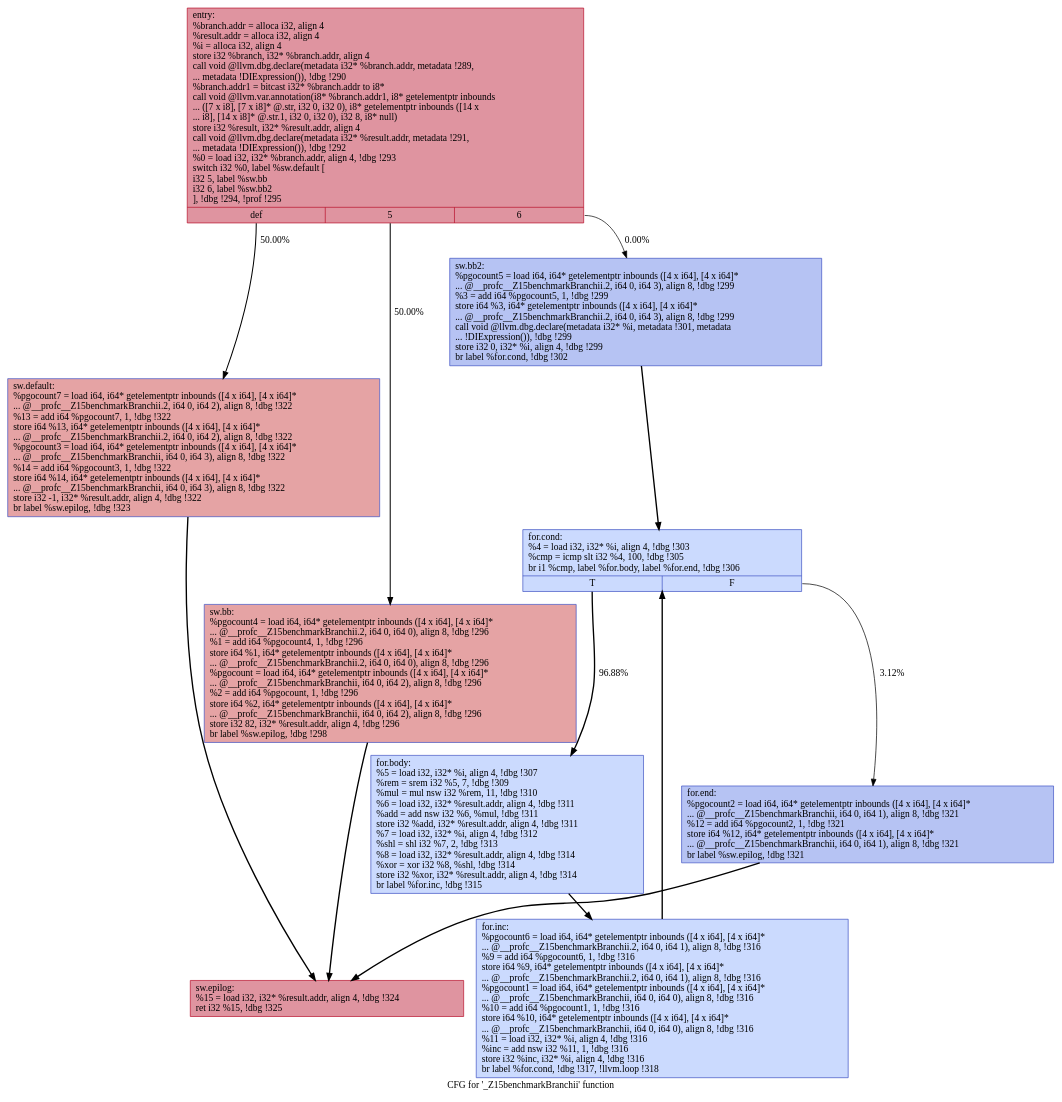
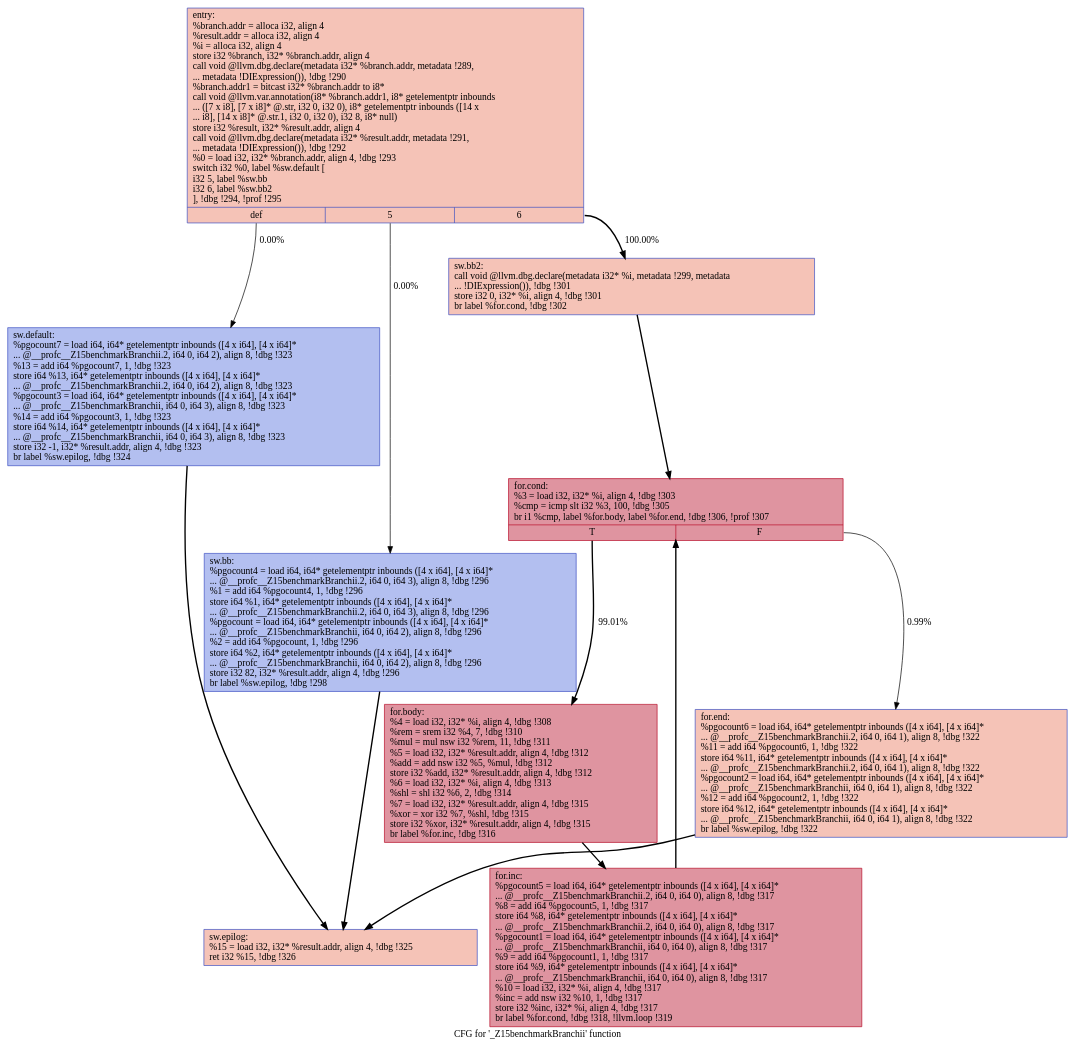
Before and after one commit to rudrajyotiroy/mirrormaze: the diagram in benchmarks/correctness/dot/tmp/._Z15benchmarkBranchii.dot, drawn with Graphviz. The commit also changed 7 other files, not shown here.

```diff
--- a/benchmarks/correctness/dot/tmp/._Z15benchmarkBranchii.dot
+++ b/benchmarks/correctness/dot/tmp/._Z15benchmarkBranchii.dot
@@ -1,24 +1,24 @@
 digraph "CFG for '_Z15benchmarkBranchii' function" {
 	label="CFG for '_Z15benchmarkBranchii' function";
 
-	Node0x55b35c6abdd0 [shape=record,color="#b70d28ff", style=filled, fillcolor="#b70d2870",label="{entry:\l  %branch.addr = alloca i32, align 4\l  %result.addr = alloca i32, align 4\l  %i = alloca i32, align 4\l  store i32 %branch, i32* %branch.addr, align 4\l  call void @llvm.dbg.declare(metadata i32* %branch.addr, metadata !289,\l... metadata !DIExpression()), !dbg !290\l  %branch.addr1 = bitcast i32* %branch.addr to i8*\l  call void @llvm.var.annotation(i8* %branch.addr1, i8* getelementptr inbounds\l... ([7 x i8], [7 x i8]* @.str, i32 0, i32 0), i8* getelementptr inbounds ([14 x\l... i8], [14 x i8]* @.str.1, i32 0, i32 0), i32 8, i8* null)\l  store i32 %result, i32* %result.addr, align 4\l  call void @llvm.dbg.declare(metadata i32* %result.addr, metadata !291,\l... metadata !DIExpression()), !dbg !292\l  %0 = load i32, i32* %branch.addr, align 4, !dbg !293\l  switch i32 %0, label %sw.default [\l    i32 5, label %sw.bb\l    i32 6, label %sw.bb2\l  ], !dbg !294, !prof !295\l|{<s0>def|<s1>5|<s2>6}}"];
-	Node0x55b35c6abdd0:s0 -> Node0x55b35c6ac000[label="50.00%" penwidth=1.50];
-	Node0x55b35c6abdd0:s1 -> Node0x55b35c6abe20[label="50.00%" penwidth=1.50];
-	Node0x55b35c6abdd0:s2 -> Node0x55b35c6abe70[label="0.00%" penwidth=1.00];
-	Node0x55b35c6abe20 [shape=record,color="#3d50c3ff", style=filled, fillcolor="#c32e3170",label="{sw.bb:                                            \l  %pgocount4 = load i64, i64* getelementptr inbounds ([4 x i64], [4 x i64]*\l... @__profc__Z15benchmarkBranchii.2, i64 0, i64 0), align 8, !dbg !296\l  %1 = add i64 %pgocount4, 1, !dbg !296\l  store i64 %1, i64* getelementptr inbounds ([4 x i64], [4 x i64]*\l... @__profc__Z15benchmarkBranchii.2, i64 0, i64 0), align 8, !dbg !296\l  %pgocount = load i64, i64* getelementptr inbounds ([4 x i64], [4 x i64]*\l... @__profc__Z15benchmarkBranchii, i64 0, i64 2), align 8, !dbg !296\l  %2 = add i64 %pgocount, 1, !dbg !296\l  store i64 %2, i64* getelementptr inbounds ([4 x i64], [4 x i64]*\l... @__profc__Z15benchmarkBranchii, i64 0, i64 2), align 8, !dbg !296\l  store i32 82, i32* %result.addr, align 4, !dbg !296\l  br label %sw.epilog, !dbg !298\l}"];
-	Node0x55b35c6abe20 -> Node0x55b35c6ac050[penwidth=2];
-	Node0x55b35c6abe70 [shape=record,color="#3d50c3ff", style=filled, fillcolor="#5977e370",label="{sw.bb2:                                           \l  %pgocount5 = load i64, i64* getelementptr inbounds ([4 x i64], [4 x i64]*\l... @__profc__Z15benchmarkBranchii.2, i64 0, i64 3), align 8, !dbg !299\l  %3 = add i64 %pgocount5, 1, !dbg !299\l  store i64 %3, i64* getelementptr inbounds ([4 x i64], [4 x i64]*\l... @__profc__Z15benchmarkBranchii.2, i64 0, i64 3), align 8, !dbg !299\l  call void @llvm.dbg.declare(metadata i32* %i, metadata !301, metadata\l... !DIExpression()), !dbg !299\l  store i32 0, i32* %i, align 4, !dbg !299\l  br label %for.cond, !dbg !302\l}"];
-	Node0x55b35c6abe70 -> Node0x55b35c6abec0[penwidth=2];
-	Node0x55b35c6abec0 [shape=record,color="#3d50c3ff", style=filled, fillcolor="#88abfd70",label="{for.cond:                                         \l  %4 = load i32, i32* %i, align 4, !dbg !303\l  %cmp = icmp slt i32 %4, 100, !dbg !305\l  br i1 %cmp, label %for.body, label %for.end, !dbg !306\l|{<s0>T|<s1>F}}"];
-	Node0x55b35c6abec0:s0 -> Node0x55b35c6abf10[label="96.88%" penwidth=1.97];
-	Node0x55b35c6abec0:s1 -> Node0x55b35c6abfb0[label="3.12%" penwidth=1.03];
-	Node0x55b35c6abf10 [shape=record,color="#3d50c3ff", style=filled, fillcolor="#88abfd70",label="{for.body:                                         \l  %5 = load i32, i32* %i, align 4, !dbg !307\l  %rem = srem i32 %5, 7, !dbg !309\l  %mul = mul nsw i32 %rem, 11, !dbg !310\l  %6 = load i32, i32* %result.addr, align 4, !dbg !311\l  %add = add nsw i32 %6, %mul, !dbg !311\l  store i32 %add, i32* %result.addr, align 4, !dbg !311\l  %7 = load i32, i32* %i, align 4, !dbg !312\l  %shl = shl i32 %7, 2, !dbg !313\l  %8 = load i32, i32* %result.addr, align 4, !dbg !314\l  %xor = xor i32 %8, %shl, !dbg !314\l  store i32 %xor, i32* %result.addr, align 4, !dbg !314\l  br label %for.inc, !dbg !315\l}"];
-	Node0x55b35c6abf10 -> Node0x55b35c6abf60[penwidth=2];
-	Node0x55b35c6abf60 [shape=record,color="#3d50c3ff", style=filled, fillcolor="#88abfd70",label="{for.inc:                                          \l  %pgocount6 = load i64, i64* getelementptr inbounds ([4 x i64], [4 x i64]*\l... @__profc__Z15benchmarkBranchii.2, i64 0, i64 1), align 8, !dbg !316\l  %9 = add i64 %pgocount6, 1, !dbg !316\l  store i64 %9, i64* getelementptr inbounds ([4 x i64], [4 x i64]*\l... @__profc__Z15benchmarkBranchii.2, i64 0, i64 1), align 8, !dbg !316\l  %pgocount1 = load i64, i64* getelementptr inbounds ([4 x i64], [4 x i64]*\l... @__profc__Z15benchmarkBranchii, i64 0, i64 0), align 8, !dbg !316\l  %10 = add i64 %pgocount1, 1, !dbg !316\l  store i64 %10, i64* getelementptr inbounds ([4 x i64], [4 x i64]*\l... @__profc__Z15benchmarkBranchii, i64 0, i64 0), align 8, !dbg !316\l  %11 = load i32, i32* %i, align 4, !dbg !316\l  %inc = add nsw i32 %11, 1, !dbg !316\l  store i32 %inc, i32* %i, align 4, !dbg !316\l  br label %for.cond, !dbg !317, !llvm.loop !318\l}"];
-	Node0x55b35c6abf60 -> Node0x55b35c6abec0[penwidth=2];
-	Node0x55b35c6abfb0 [shape=record,color="#3d50c3ff", style=filled, fillcolor="#5977e370",label="{for.end:                                          \l  %pgocount2 = load i64, i64* getelementptr inbounds ([4 x i64], [4 x i64]*\l... @__profc__Z15benchmarkBranchii, i64 0, i64 1), align 8, !dbg !321\l  %12 = add i64 %pgocount2, 1, !dbg !321\l  store i64 %12, i64* getelementptr inbounds ([4 x i64], [4 x i64]*\l... @__profc__Z15benchmarkBranchii, i64 0, i64 1), align 8, !dbg !321\l  br label %sw.epilog, !dbg !321\l}"];
-	Node0x55b35c6abfb0 -> Node0x55b35c6ac050[penwidth=2];
-	Node0x55b35c6ac000 [shape=record,color="#3d50c3ff", style=filled, fillcolor="#c32e3170",label="{sw.default:                                       \l  %pgocount7 = load i64, i64* getelementptr inbounds ([4 x i64], [4 x i64]*\l... @__profc__Z15benchmarkBranchii.2, i64 0, i64 2), align 8, !dbg !322\l  %13 = add i64 %pgocount7, 1, !dbg !322\l  store i64 %13, i64* getelementptr inbounds ([4 x i64], [4 x i64]*\l... @__profc__Z15benchmarkBranchii.2, i64 0, i64 2), align 8, !dbg !322\l  %pgocount3 = load i64, i64* getelementptr inbounds ([4 x i64], [4 x i64]*\l... @__profc__Z15benchmarkBranchii, i64 0, i64 3), align 8, !dbg !322\l  %14 = add i64 %pgocount3, 1, !dbg !322\l  store i64 %14, i64* getelementptr inbounds ([4 x i64], [4 x i64]*\l... @__profc__Z15benchmarkBranchii, i64 0, i64 3), align 8, !dbg !322\l  store i32 -1, i32* %result.addr, align 4, !dbg !322\l  br label %sw.epilog, !dbg !323\l}"];
-	Node0x55b35c6ac000 -> Node0x55b35c6ac050[penwidth=2];
-	Node0x55b35c6ac050 [shape=record,color="#b70d28ff", style=filled, fillcolor="#b70d2870",label="{sw.epilog:                                        \l  %15 = load i32, i32* %result.addr, align 4, !dbg !324\l  ret i32 %15, !dbg !325\l}"];
+	Node0x55ab2b9e8140 [shape=record,color="#3d50c3ff", style=filled, fillcolor="#e8765c70",label="{entry:\l  %branch.addr = alloca i32, align 4\l  %result.addr = alloca i32, align 4\l  %i = alloca i32, align 4\l  store i32 %branch, i32* %branch.addr, align 4\l  call void @llvm.dbg.declare(metadata i32* %branch.addr, metadata !289,\l... metadata !DIExpression()), !dbg !290\l  %branch.addr1 = bitcast i32* %branch.addr to i8*\l  call void @llvm.var.annotation(i8* %branch.addr1, i8* getelementptr inbounds\l... ([7 x i8], [7 x i8]* @.str, i32 0, i32 0), i8* getelementptr inbounds ([14 x\l... i8], [14 x i8]* @.str.1, i32 0, i32 0), i32 8, i8* null)\l  store i32 %result, i32* %result.addr, align 4\l  call void @llvm.dbg.declare(metadata i32* %result.addr, metadata !291,\l... metadata !DIExpression()), !dbg !292\l  %0 = load i32, i32* %branch.addr, align 4, !dbg !293\l  switch i32 %0, label %sw.default [\l    i32 5, label %sw.bb\l    i32 6, label %sw.bb2\l  ], !dbg !294, !prof !295\l|{<s0>def|<s1>5|<s2>6}}"];
+	Node0x55ab2b9e8140:s0 -> Node0x55ab2b9e8370[label="0.00%" penwidth=1.00];
+	Node0x55ab2b9e8140:s1 -> Node0x55ab2b9e8190[label="0.00%" penwidth=1.00];
+	Node0x55ab2b9e8140:s2 -> Node0x55ab2b9e81e0[label="100.00%" penwidth=2.00];
+	Node0x55ab2b9e8190 [shape=record,color="#3d50c3ff", style=filled, fillcolor="#536edd70",label="{sw.bb:                                            \l  %pgocount4 = load i64, i64* getelementptr inbounds ([4 x i64], [4 x i64]*\l... @__profc__Z15benchmarkBranchii.2, i64 0, i64 3), align 8, !dbg !296\l  %1 = add i64 %pgocount4, 1, !dbg !296\l  store i64 %1, i64* getelementptr inbounds ([4 x i64], [4 x i64]*\l... @__profc__Z15benchmarkBranchii.2, i64 0, i64 3), align 8, !dbg !296\l  %pgocount = load i64, i64* getelementptr inbounds ([4 x i64], [4 x i64]*\l... @__profc__Z15benchmarkBranchii, i64 0, i64 2), align 8, !dbg !296\l  %2 = add i64 %pgocount, 1, !dbg !296\l  store i64 %2, i64* getelementptr inbounds ([4 x i64], [4 x i64]*\l... @__profc__Z15benchmarkBranchii, i64 0, i64 2), align 8, !dbg !296\l  store i32 82, i32* %result.addr, align 4, !dbg !296\l  br label %sw.epilog, !dbg !298\l}"];
+	Node0x55ab2b9e8190 -> Node0x55ab2b9e83c0[penwidth=2];
+	Node0x55ab2b9e81e0 [shape=record,color="#3d50c3ff", style=filled, fillcolor="#e8765c70",label="{sw.bb2:                                           \l  call void @llvm.dbg.declare(metadata i32* %i, metadata !299, metadata\l... !DIExpression()), !dbg !301\l  store i32 0, i32* %i, align 4, !dbg !301\l  br label %for.cond, !dbg !302\l}"];
+	Node0x55ab2b9e81e0 -> Node0x55ab2b9e8230[penwidth=2];
+	Node0x55ab2b9e8230 [shape=record,color="#b70d28ff", style=filled, fillcolor="#b70d2870",label="{for.cond:                                         \l  %3 = load i32, i32* %i, align 4, !dbg !303\l  %cmp = icmp slt i32 %3, 100, !dbg !305\l  br i1 %cmp, label %for.body, label %for.end, !dbg !306, !prof !307\l|{<s0>T|<s1>F}}"];
+	Node0x55ab2b9e8230:s0 -> Node0x55ab2b9e8280[label="99.01%" penwidth=1.99];
+	Node0x55ab2b9e8230:s1 -> Node0x55ab2b9e8320[label="0.99%" penwidth=1.01];
+	Node0x55ab2b9e8280 [shape=record,color="#b70d28ff", style=filled, fillcolor="#b70d2870",label="{for.body:                                         \l  %4 = load i32, i32* %i, align 4, !dbg !308\l  %rem = srem i32 %4, 7, !dbg !310\l  %mul = mul nsw i32 %rem, 11, !dbg !311\l  %5 = load i32, i32* %result.addr, align 4, !dbg !312\l  %add = add nsw i32 %5, %mul, !dbg !312\l  store i32 %add, i32* %result.addr, align 4, !dbg !312\l  %6 = load i32, i32* %i, align 4, !dbg !313\l  %shl = shl i32 %6, 2, !dbg !314\l  %7 = load i32, i32* %result.addr, align 4, !dbg !315\l  %xor = xor i32 %7, %shl, !dbg !315\l  store i32 %xor, i32* %result.addr, align 4, !dbg !315\l  br label %for.inc, !dbg !316\l}"];
+	Node0x55ab2b9e8280 -> Node0x55ab2b9e82d0[penwidth=2];
+	Node0x55ab2b9e82d0 [shape=record,color="#b70d28ff", style=filled, fillcolor="#b70d2870",label="{for.inc:                                          \l  %pgocount5 = load i64, i64* getelementptr inbounds ([4 x i64], [4 x i64]*\l... @__profc__Z15benchmarkBranchii.2, i64 0, i64 0), align 8, !dbg !317\l  %8 = add i64 %pgocount5, 1, !dbg !317\l  store i64 %8, i64* getelementptr inbounds ([4 x i64], [4 x i64]*\l... @__profc__Z15benchmarkBranchii.2, i64 0, i64 0), align 8, !dbg !317\l  %pgocount1 = load i64, i64* getelementptr inbounds ([4 x i64], [4 x i64]*\l... @__profc__Z15benchmarkBranchii, i64 0, i64 0), align 8, !dbg !317\l  %9 = add i64 %pgocount1, 1, !dbg !317\l  store i64 %9, i64* getelementptr inbounds ([4 x i64], [4 x i64]*\l... @__profc__Z15benchmarkBranchii, i64 0, i64 0), align 8, !dbg !317\l  %10 = load i32, i32* %i, align 4, !dbg !317\l  %inc = add nsw i32 %10, 1, !dbg !317\l  store i32 %inc, i32* %i, align 4, !dbg !317\l  br label %for.cond, !dbg !318, !llvm.loop !319\l}"];
+	Node0x55ab2b9e82d0 -> Node0x55ab2b9e8230[penwidth=2];
+	Node0x55ab2b9e8320 [shape=record,color="#3d50c3ff", style=filled, fillcolor="#e8765c70",label="{for.end:                                          \l  %pgocount6 = load i64, i64* getelementptr inbounds ([4 x i64], [4 x i64]*\l... @__profc__Z15benchmarkBranchii.2, i64 0, i64 1), align 8, !dbg !322\l  %11 = add i64 %pgocount6, 1, !dbg !322\l  store i64 %11, i64* getelementptr inbounds ([4 x i64], [4 x i64]*\l... @__profc__Z15benchmarkBranchii.2, i64 0, i64 1), align 8, !dbg !322\l  %pgocount2 = load i64, i64* getelementptr inbounds ([4 x i64], [4 x i64]*\l... @__profc__Z15benchmarkBranchii, i64 0, i64 1), align 8, !dbg !322\l  %12 = add i64 %pgocount2, 1, !dbg !322\l  store i64 %12, i64* getelementptr inbounds ([4 x i64], [4 x i64]*\l... @__profc__Z15benchmarkBranchii, i64 0, i64 1), align 8, !dbg !322\l  br label %sw.epilog, !dbg !322\l}"];
+	Node0x55ab2b9e8320 -> Node0x55ab2b9e83c0[penwidth=2];
+	Node0x55ab2b9e8370 [shape=record,color="#3d50c3ff", style=filled, fillcolor="#536edd70",label="{sw.default:                                       \l  %pgocount7 = load i64, i64* getelementptr inbounds ([4 x i64], [4 x i64]*\l... @__profc__Z15benchmarkBranchii.2, i64 0, i64 2), align 8, !dbg !323\l  %13 = add i64 %pgocount7, 1, !dbg !323\l  store i64 %13, i64* getelementptr inbounds ([4 x i64], [4 x i64]*\l... @__profc__Z15benchmarkBranchii.2, i64 0, i64 2), align 8, !dbg !323\l  %pgocount3 = load i64, i64* getelementptr inbounds ([4 x i64], [4 x i64]*\l... @__profc__Z15benchmarkBranchii, i64 0, i64 3), align 8, !dbg !323\l  %14 = add i64 %pgocount3, 1, !dbg !323\l  store i64 %14, i64* getelementptr inbounds ([4 x i64], [4 x i64]*\l... @__profc__Z15benchmarkBranchii, i64 0, i64 3), align 8, !dbg !323\l  store i32 -1, i32* %result.addr, align 4, !dbg !323\l  br label %sw.epilog, !dbg !324\l}"];
+	Node0x55ab2b9e8370 -> Node0x55ab2b9e83c0[penwidth=2];
+	Node0x55ab2b9e83c0 [shape=record,color="#3d50c3ff", style=filled, fillcolor="#e8765c70",label="{sw.epilog:                                        \l  %15 = load i32, i32* %result.addr, align 4, !dbg !325\l  ret i32 %15, !dbg !326\l}"];
 }
```
